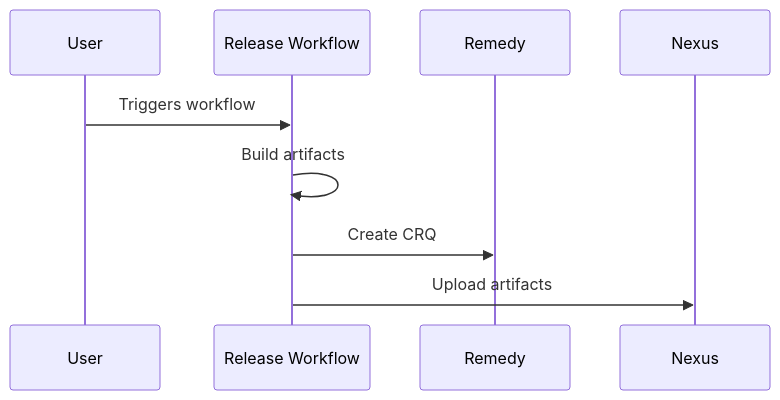
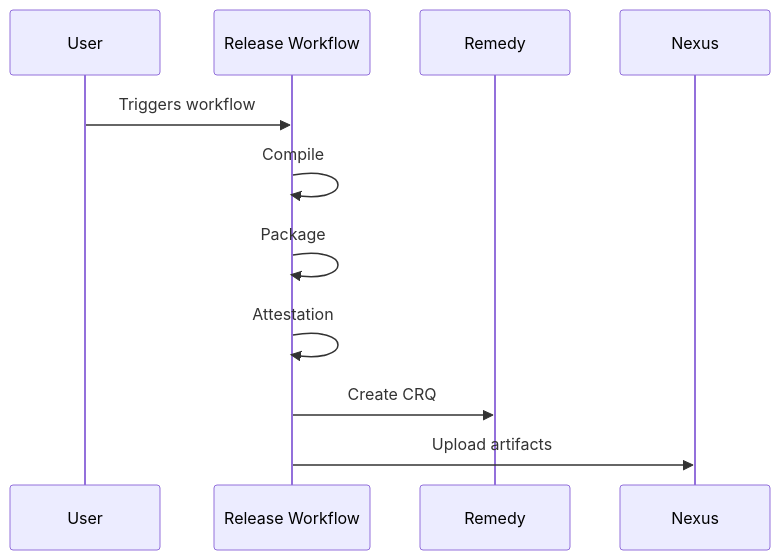
One commit to devarab1/Diagrams changed the second of 4 diagrams in README.md. Above: the diagram before and after it, drawn with Mermaid.

````diff
--- a/README.md
+++ b/README.md
@@ -23,12 +23,14 @@
 ```mermaid
 sequenceDiagram
     participant User
     participant Release Workflow
     participant Remedy
     participant Nexus
 
     User->>Release Workflow: Triggers workflow
-    Release Workflow->>Release Workflow: Build artifacts
+    Release Workflow->>Release Workflow: Compile
+    Release Workflow->>Release Workflow: Package
+    Release Workflow->>Release Workflow: Attestation
     Release Workflow->>Remedy: Create CRQ
     Release Workflow->>Nexus: Upload artifacts
 ```
````
